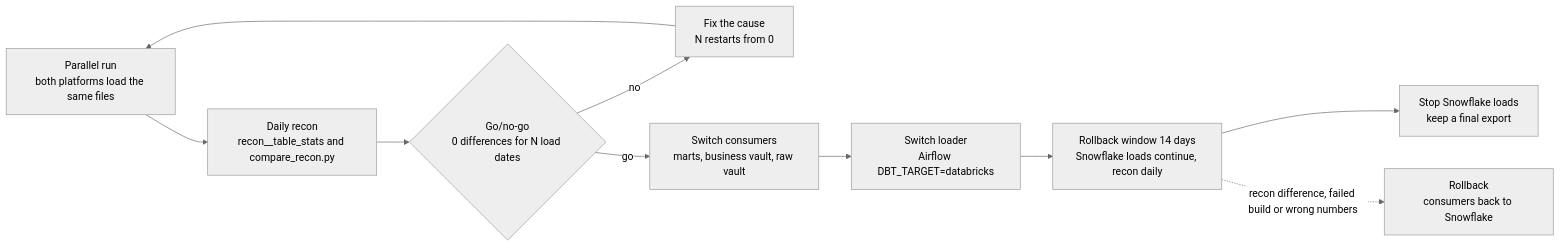
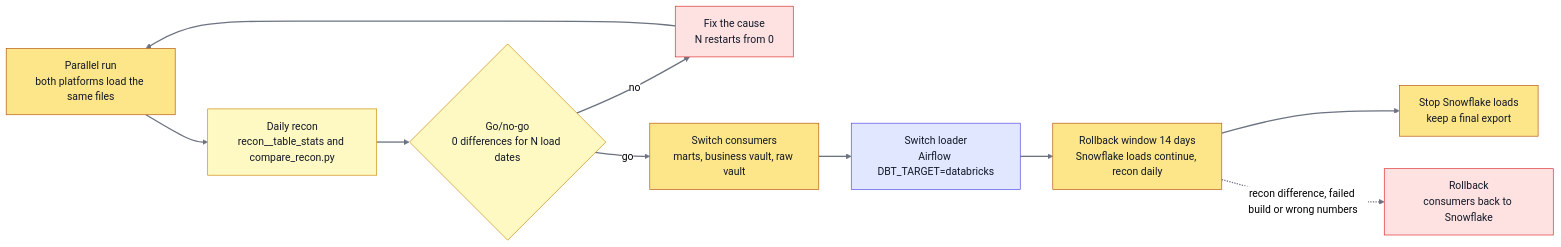
The fourth of 6 diagrams in README.md (aglivin/vault-lakehouse-migration), drawn with Mermaid (neutral theme) before and after one commit. The commit also changed other lines of this file and 2 other files, not shown here.

Commit message:
docs: readme with coloured architecture diagrams

````diff
--- a/README.md
+++ b/README.md
@@ -217,11 +172,20 @@
 ```mermaid
 flowchart LR
     P["Parallel run<br/>both platforms load the same files"] --> R["Daily recon<br/>recon__table_stats and compare_recon.py"]
     R --> G{"Go/no-go<br/>0 differences for N load dates"}
     G -- no --> F["Fix the cause<br/>N restarts from 0"] --> P
     G -- go --> C["Switch consumers<br/>marts, business vault, raw vault"]
     C --> L["Switch loader<br/>Airflow DBT_TARGET=databricks"]
     L --> W["Rollback window 14 days<br/>Snowflake loads continue, recon daily"]
     W --> E["Stop Snowflake loads<br/>keep a final export"]
     W -. "recon difference, failed build or wrong numbers" .-> B["Rollback<br/>consumers back to Snowflake"]
+    classDef dbx fill:#fee2e2,stroke:#dc2626,color:#111827
+    classDef sat fill:#fef9c3,stroke:#ca8a04,color:#111827
+    classDef af fill:#e0e7ff,stroke:#4f46e5,color:#111827
+    classDef mart fill:#fde68a,stroke:#b45309,color:#111827
+    class P,C,E,W mart
+    class R,G sat
+    class F,B dbx
+    class L af
+    linkStyle default stroke:#6b7280,stroke-width:2px
 ```
````
